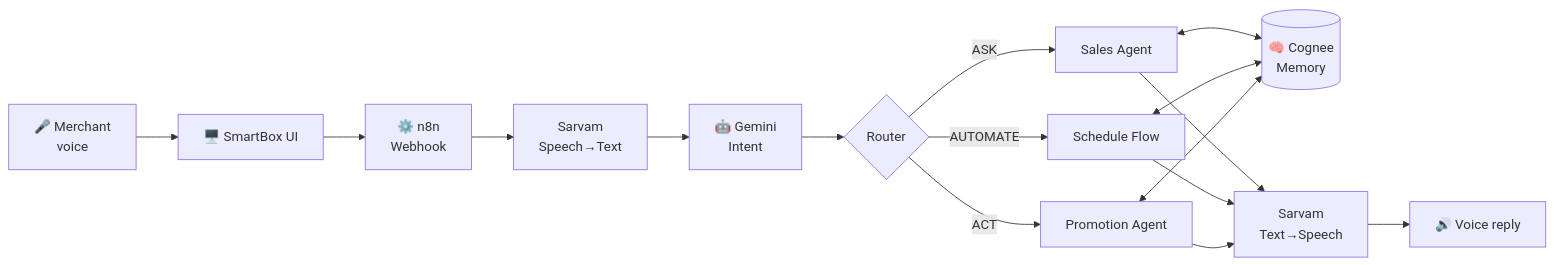
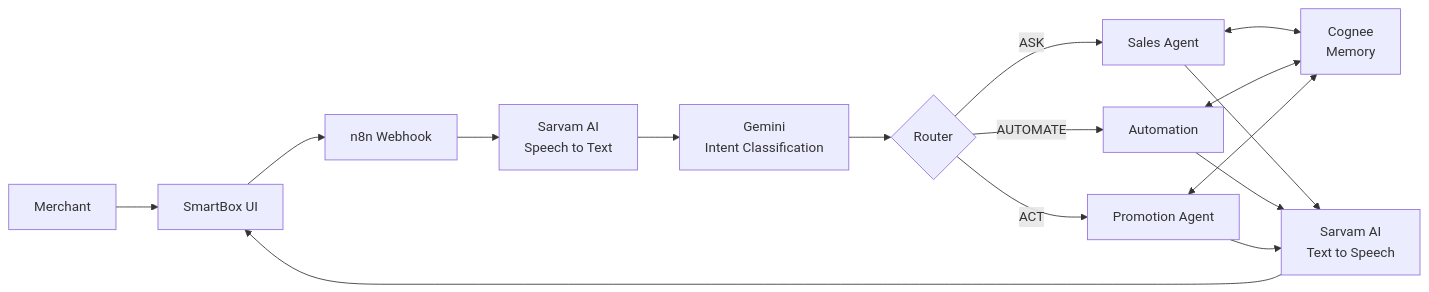
Before and after one commit to Purvijain1234/Paytm-SmartBox: the diagram in README.MD, drawn with Mermaid. The commit also changed other lines of this file, not shown here.

````diff
--- a/README.MD
+++ b/README.MD
@@ -40,11 +45,18 @@
 ```mermaid
 flowchart LR
-    M["🎤 Merchant<br/>voice"] --> UI["🖥️ SmartBox UI"] --> N["⚙️ n8n<br/>Webhook"]
-    N --> S1["Sarvam<br/>Speech→Text"] --> G["🤖 Gemini<br/>Intent"]
+    M["Merchant"] --> UI["SmartBox UI"]
+    UI --> N["n8n Webhook"]
+    N --> S1["Sarvam AI<br/>Speech to Text"]
+    S1 --> G["Gemini<br/>Intent Classification"]
     G --> R{"Router"}
     R -->|ASK| A["Sales Agent"]
-    R -->|AUTOMATE| B["Schedule Flow"]
+    R -->|AUTOMATE| B["Automation"]
     R -->|ACT| C["Promotion Agent"]
-    A & B & C <--> MEM[("🧠 Cognee<br/>Memory")]
-    A & B & C --> S2["Sarvam<br/>Text→Speech"] --> OUT["🔊 Voice reply"]
+    A <--> MEM["Cognee<br/>Memory"]
+    B <--> MEM
+    C <--> MEM
+    A --> S2["Sarvam AI<br/>Text to Speech"]
+    B --> S2
+    C --> S2
+    S2 --> UI
 ```
````
